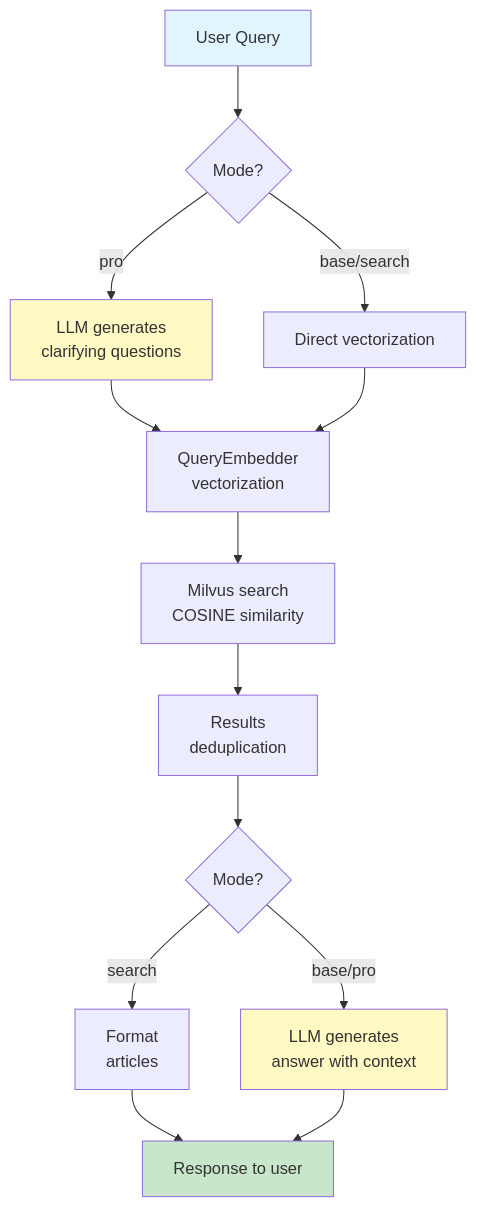
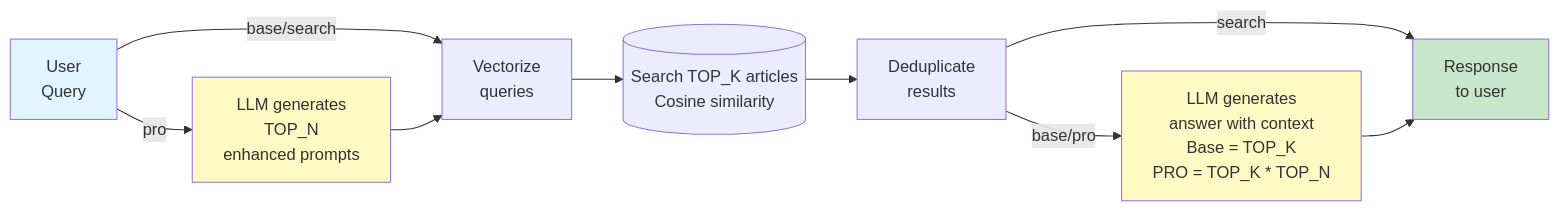
One commit to Hanbiike/law-rag-system changed the second of 5 diagrams in README.md. Above: the diagram before and after it, drawn with Mermaid. The commit also changed other lines of this file and 9 other files, not shown here.

````diff
--- a/README.md
+++ b/README.md
@@ -376,20 +355,17 @@
 ```mermaid
-flowchart TD
-    A[User Query] --> B{Mode?}
-    B -->|pro| C[LLM generates<br/>clarifying questions]
-    B -->|base/search| D[Direct vectorization]
-    C --> E[QueryEmbedder<br/>vectorization]
-    D --> E
-    E --> F[Milvus search<br/>COSINE similarity]
-    F --> G[Results<br/>deduplication]
-    G --> H{Mode?}
-    H -->|search| I[Format<br/>articles]
-    H -->|base/pro| J[LLM generates<br/>answer with context]
-    I --> K[Response to user]
-    J --> K
+flowchart LR
+    A["User<br/>Query"]
+    A -->|pro| C["LLM generates<br/>TOP_N<br/>enhanced prompts"]
+    A -->|base/search| E
+    C --> E["Vectorize<br/>queries"]
+    E --> F[("Search TOP_K articles<br/>Cosine similarity")]
+    F --> G["Deduplicate<br/>results"]
+    G --> |search| K["Format<br/>articles"]
+    G -->|base/pro| J["LLM generates<br/>answer with context<br/>Base = TOP_K<br/>PRO = TOP_K * TOP_N"]
+    J --> K["Response<br/>to user"]
     
     style A fill:#e1f5ff
     style K fill:#c8e6c9
     style C fill:#fff9c4
     style J fill:#fff9c4
 ```
````
